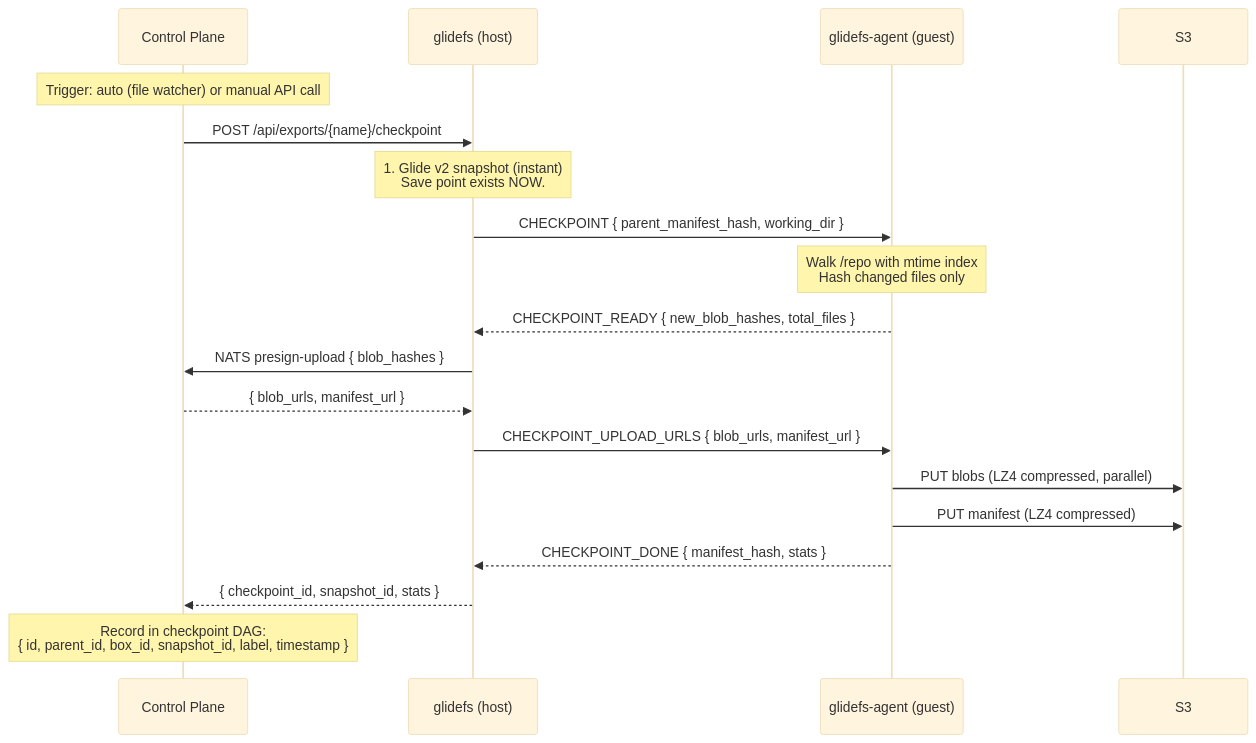
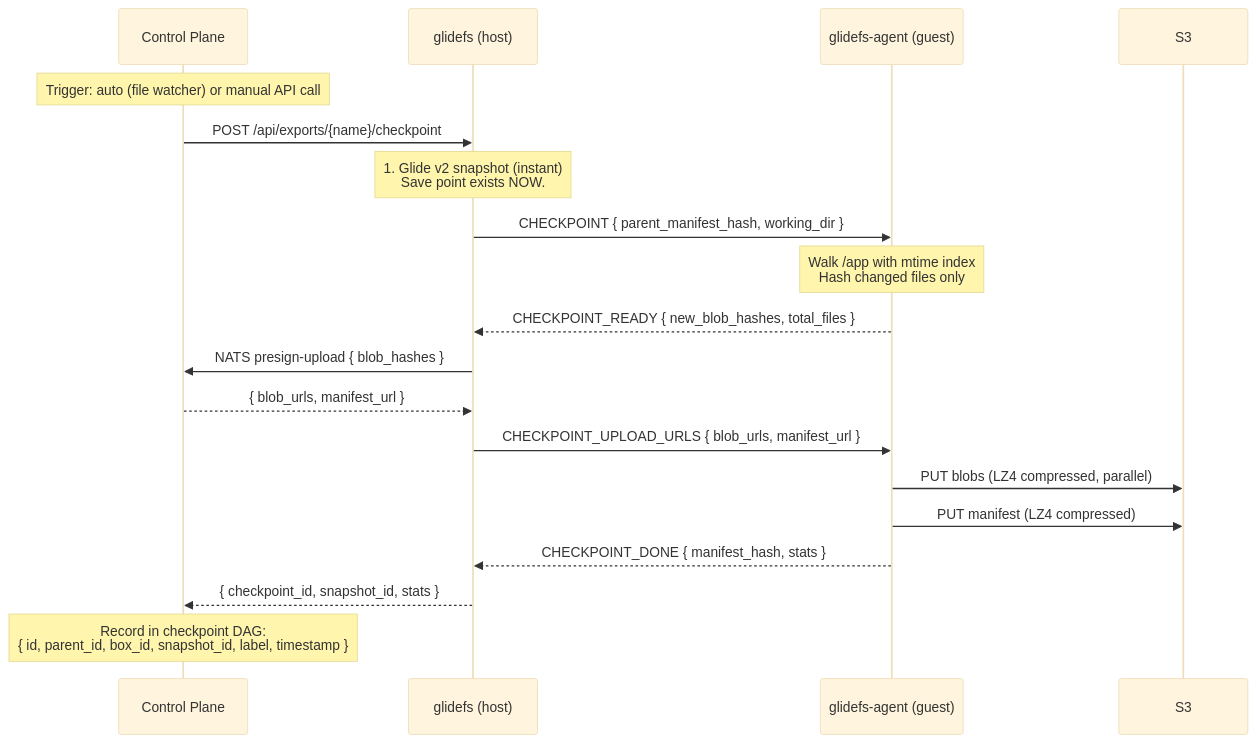
One commit to beyondoss/glidefs changed the first of 2 diagrams in CHECKPOINT.md. Above: the diagram before and after it, drawn with Mermaid (base theme). The commit also changed other lines of this file and 27 other files, not shown here.

````diff
--- a/CHECKPOINT.md
+++ b/CHECKPOINT.md
@@ -519,32 +519,32 @@
 ```mermaid
 sequenceDiagram
     participant CP as Control Plane
     participant GFS as glidefs (host)
     participant AGT as glidefs-agent (guest)
     participant S3 as S3
 
     Note over CP: Trigger: auto (file watcher) or manual API call
 
     CP->>GFS: POST /api/exports/{name}/checkpoint
 
     Note over GFS: 1. Glide v2 snapshot (instant)<br/>Save point exists NOW.
 
     GFS->>AGT: CHECKPOINT { parent_manifest_hash, working_dir }
-    Note over AGT: Walk /repo with mtime index<br/>Hash changed files only
+    Note over AGT: Walk /app with mtime index<br/>Hash changed files only
 
     AGT-->>GFS: CHECKPOINT_READY { new_blob_hashes, total_files }
 
     GFS->>CP: NATS presign-upload { blob_hashes }
     CP-->>GFS: { blob_urls, manifest_url }
 
     GFS->>AGT: CHECKPOINT_UPLOAD_URLS { blob_urls, manifest_url }
 
     AGT->>S3: PUT blobs (LZ4 compressed, parallel)
     AGT->>S3: PUT manifest (LZ4 compressed)
 
     AGT-->>GFS: CHECKPOINT_DONE { manifest_hash, stats }
 
     GFS-->>CP: { checkpoint_id, snapshot_id, stats }
 
     Note over CP: Record in checkpoint DAG:<br/>{ id, parent_id, box_id, snapshot_id, label, timestamp }
 ```
````
